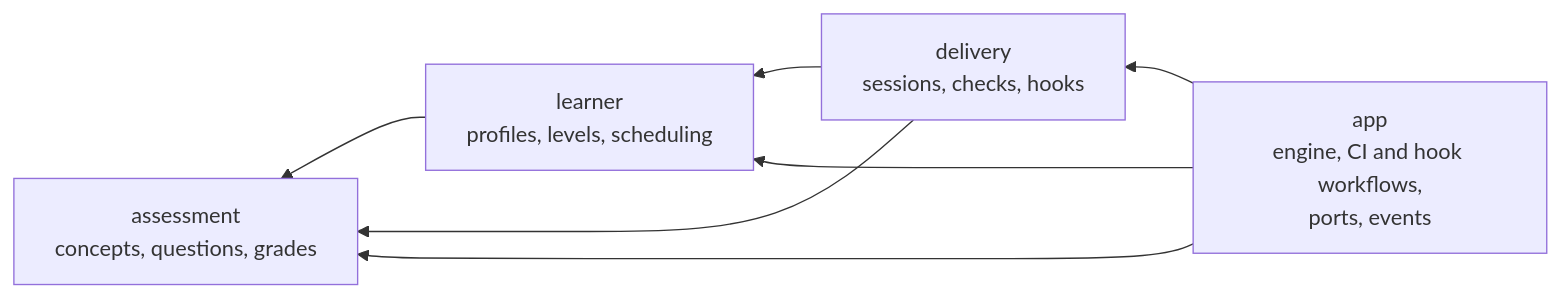
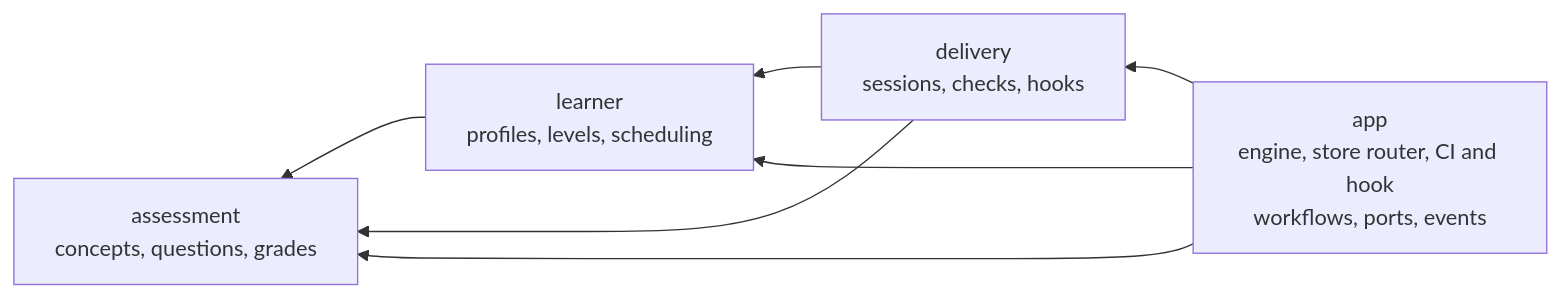
Before and after one commit to jvanbuel/soqrates: the diagram in docs/adr/0002-domain-model.md, drawn with Mermaid. The commit also changed other lines of this file and 8 other files, not shown here.

````diff
--- a/docs/adr/0002-domain-model.md
+++ b/docs/adr/0002-domain-model.md
@@ -67,9 +67,9 @@
 ```mermaid
 flowchart RL
     learner["learner<br/>profiles, levels, scheduling"] --> assessment["assessment<br/>concepts, questions, grades"]
     delivery["delivery<br/>sessions, checks, hooks"] --> learner
     delivery --> assessment
-    app["app<br/>engine, CI and hook workflows,<br/>ports, events"] --> delivery
+    app["app<br/>engine, store router, CI and hook<br/>workflows, ports, events"] --> delivery
     app --> learner
     app --> assessment
 ```
````
